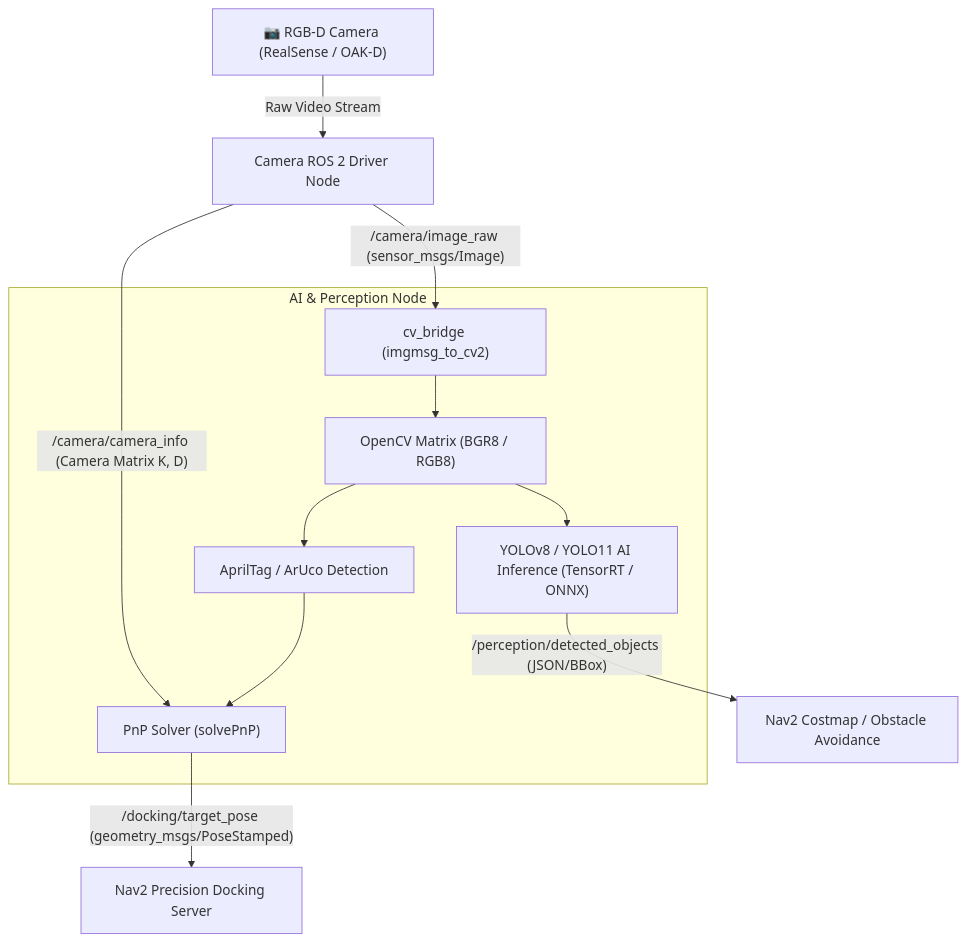
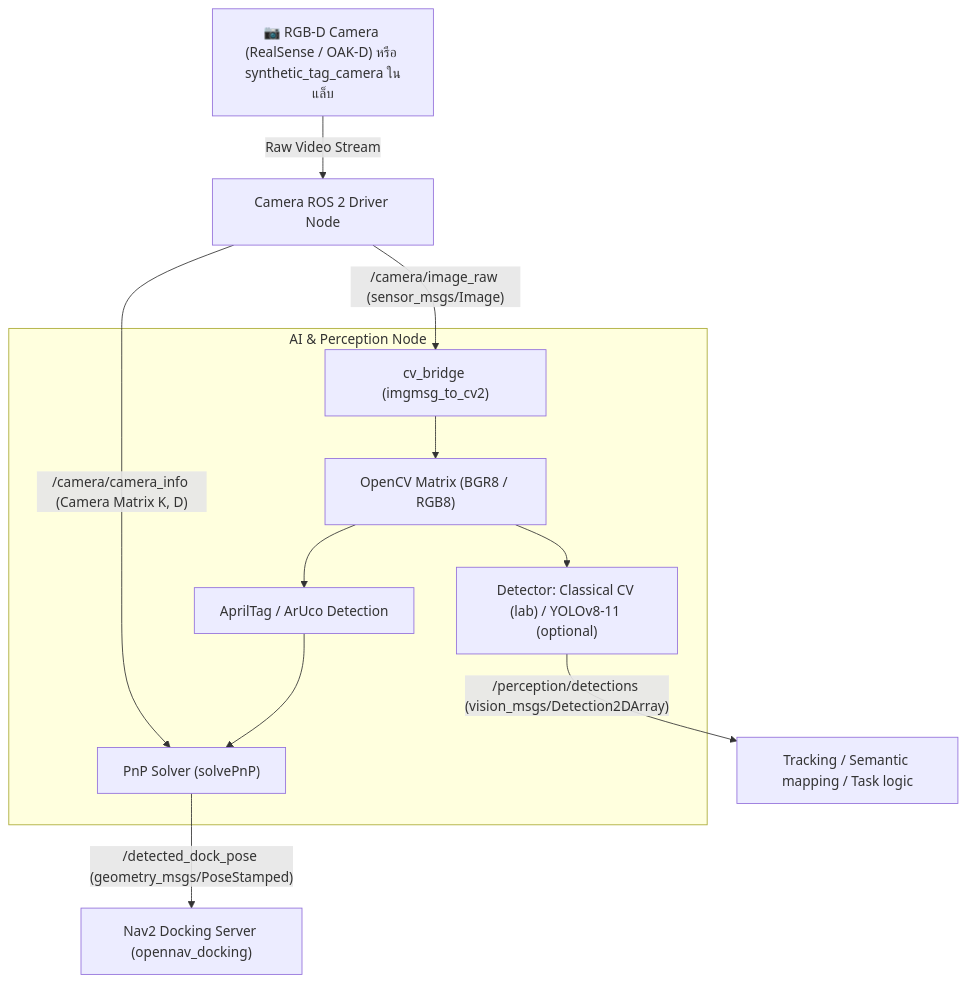
The diagram in Advanced_ROS/02_Vision_AI_Perception/README.md (alfaXphoori/ros2), drawn with Mermaid before and after one commit. The commit also changed other lines of this file and 425 other files, not shown here.

First line of the commit message:
feat: make every lab a tested ROS 2 package with real run results

````diff
--- a/Advanced_ROS/02_Vision_AI_Perception/README.md
+++ b/Advanced_ROS/02_Vision_AI_Perception/README.md
@@ -20,16 +20,16 @@
 ```mermaid
 flowchart TD
-    Cam["📷 RGB-D Camera (RealSense / OAK-D)"] -->|Raw Video Stream| Driver["Camera ROS 2 Driver Node"]
+    Cam["📷 RGB-D Camera (RealSense / OAK-D) หรือ synthetic_tag_camera ในแล็บ"] -->|Raw Video Stream| Driver["Camera ROS 2 Driver Node"]
     Driver -->|"/camera/image_raw (sensor_msgs/Image)"| Bridge["cv_bridge (imgmsg_to_cv2)"]
     Driver -->|"/camera/camera_info (Camera Matrix K, D)"| PnP["PnP Solver (solvePnP)"]
 
     subgraph Perception_Pipeline ["AI & Perception Node"]
         Bridge --> OpenCV_Mat["OpenCV Matrix (BGR8 / RGB8)"]
-        OpenCV_Mat --> YOLO["YOLOv8 / YOLO11 AI Inference (TensorRT / ONNX)"]
+        OpenCV_Mat --> YOLO["Detector: Classical CV (lab) / YOLOv8-11 (optional)"]
         OpenCV_Mat --> MarkerDet["AprilTag / ArUco Detection"]
         MarkerDet --> PnP
     end
 
-    YOLO -->|"/perception/detected_objects (JSON/BBox)"| Nav2["Nav2 Costmap / Obstacle Avoidance"]
-    PnP -->|"/docking/target_pose (geometry_msgs/PoseStamped)"| Docking["Nav2 Precision Docking Server"]
+    YOLO -->|"/perception/detections (vision_msgs/Detection2DArray)"| Consumers["Tracking / Semantic mapping / Task logic"]
+    PnP -->|"/detected_dock_pose (geometry_msgs/PoseStamped)"| Docking["Nav2 Docking Server (opennav_docking)"]
 ```
````
